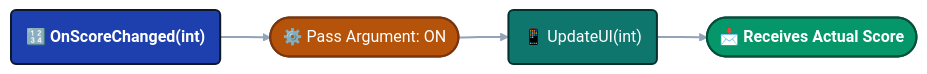
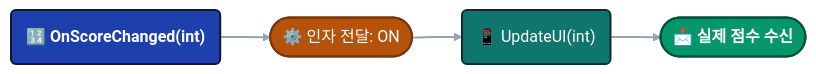
The second of 6 diagrams in i18n/ko/docusaurus-plugin-content-docs/current/game-event-system/flow-graph/game-event-node-behavior.md (tinygiants-tech/TinyGiants), drawn with Mermaid before and after one commit. The commit also changed other lines of this file and 81 other files, not shown here.

````diff
--- a/i18n/ko/docusaurus-plugin-content-docs/current/game-event-system/flow-graph/game-event-node-behavior.md
+++ b/i18n/ko/docusaurus-plugin-content-docs/current/game-event-system/flow-graph/game-event-node-behavior.md
@@ -220,14 +217,14 @@
 ```mermaid
 graph LR
 
     classDef event fill:#1e40af,stroke:#0f172a,stroke-width:2px,color:#ffffff,font-weight:bold
     classDef setting fill:#b45309,stroke:#78350f,stroke-width:2px,color:#ffffff
     classDef action fill:#0f766e,stroke:#042f2e,stroke-width:2px,color:#ffffff
     classDef result fill:#059669,stroke:#064e3b,stroke-width:2px,color:#ffffff,font-weight:bold
 
-    A("🔢 OnScoreChanged(int)"):::event --> B(["⚙️ Pass Argument: ON"]):::setting
+    A("🔢 OnScoreChanged(int)"):::event --> B(["⚙️ 인자 전달: ON"]):::setting
     B --> C("📱 UpdateUI(int)"):::action
-    C --> D(["📩 Receives Actual Score"]):::result
+    C --> D(["📩 실제 점수 수신"]):::result
 
     linkStyle default stroke:#94a3b8,stroke-width:2px
 ```
````
